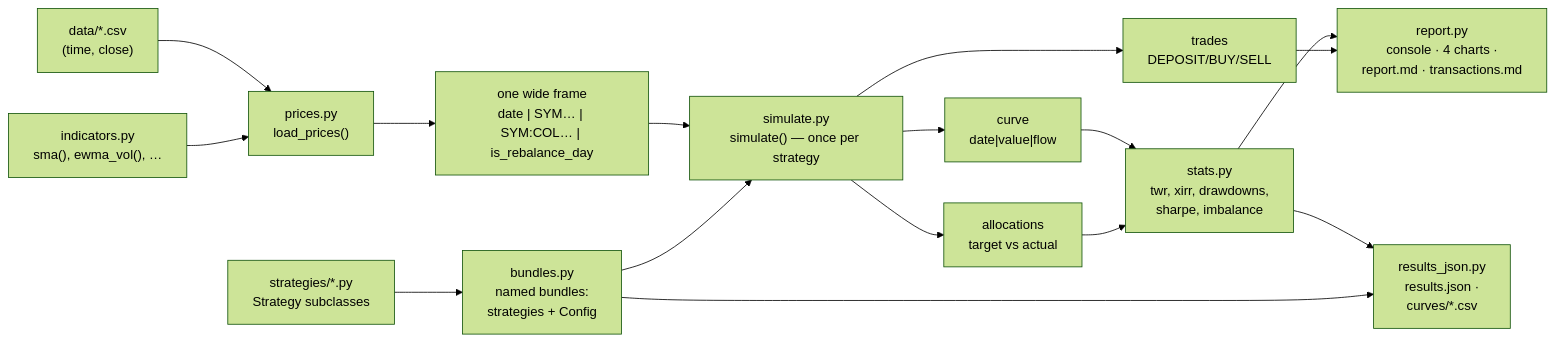
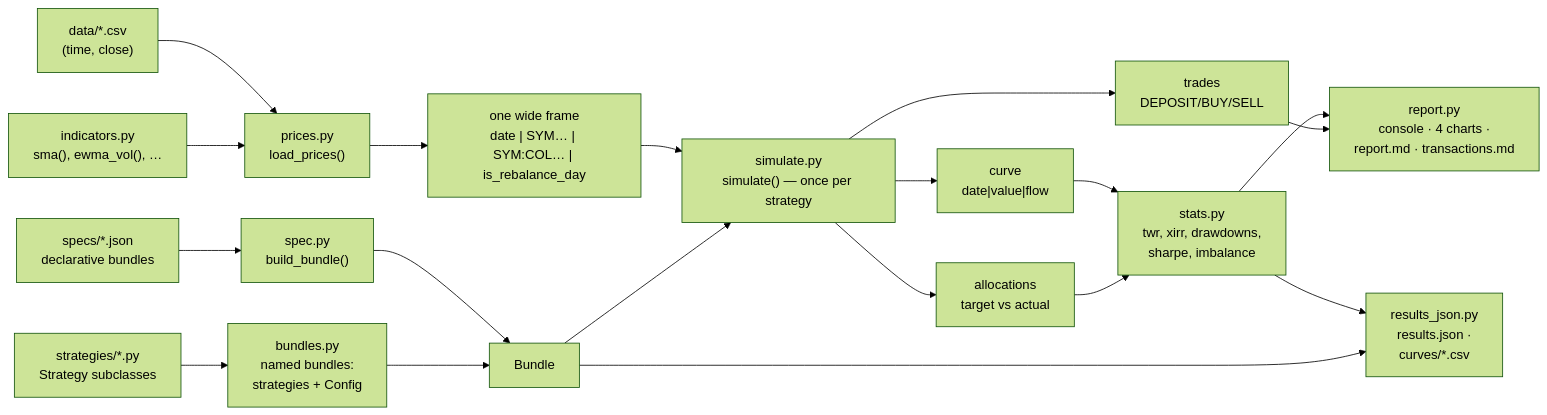
One commit to vlaas/balancing_portfolio changed the diagram in docs/ARCHITECTURE.md. Above: the diagram before and after it, drawn with Mermaid (forest theme). The commit also changed other lines of this file and 3 other files, not shown here.

First line of the commit message:
docs: declarative strategies, buy_cap, schema 2, agent protocol (spec §10)

````diff
--- a/docs/ARCHITECTURE.md
+++ b/docs/ARCHITECTURE.md
@@ -18,18 +18,21 @@
 ```mermaid
 flowchart LR
     CSV["data/*.csv<br/>(time, close)"] --> P["prices.py<br/>load_prices()"]
     I["indicators.py<br/>sma(), ewma_vol(), …"] --> P
     P --> W["one wide frame<br/>date | SYM… | SYM:COL… | is_rebalance_day"]
     W --> E["simulate.py<br/>simulate() — once per strategy"]
     S["strategies/*.py<br/>Strategy subclasses"] --> B["bundles.py<br/>named bundles:<br/>strategies + Config"]
-    B --> E
+    SJ["specs/*.json<br/>declarative bundles"] --> SP["spec.py<br/>build_bundle()"]
+    SP --> B2["Bundle"]
+    B --> B2
+    B2 --> E
     E --> C["curve<br/>date|value|flow"]
     E --> T["trades<br/>DEPOSIT/BUY/SELL"]
     E --> A["allocations<br/>target vs actual"]
     C --> ST["stats.py<br/>twr, xirr, drawdowns,<br/>sharpe, imbalance"]
     A --> ST
     ST --> R["report.py<br/>console · 4 charts ·<br/>report.md · transactions.md"]
     T --> R
     ST --> J["results_json.py<br/>results.json ·<br/>curves/*.csv"]
-    B --> J
+    B2 --> J
 ```
````
